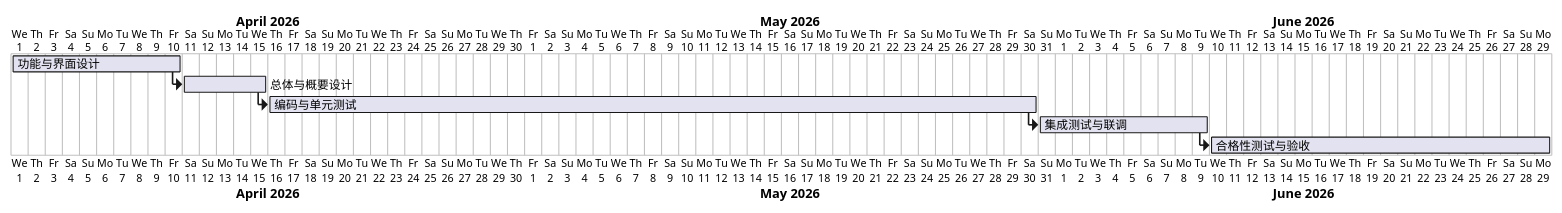
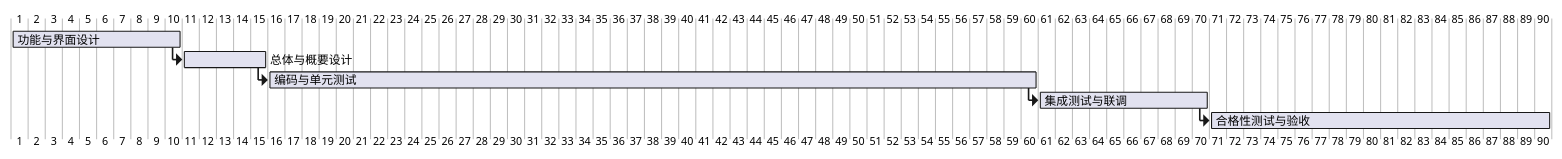
Before and after one commit to cppshooter/cursor: the diagram in prompts/08-项目实施与进度计划.md, drawn with PlantUML. The commit also changed other lines of this file and 15 other files, not shown here.

````diff
--- a/prompts/08-项目实施与进度计划.md
+++ b/prompts/08-项目实施与进度计划.md
@@ -43,14 +38,13 @@
 ```plantuml
 @startgantt
-project starts 2026-04-01
 [功能与界面设计] lasts 10 days
 [总体与概要设计] lasts 5 days
 [功能与界面设计] -> [总体与概要设计]
 [编码与单元测试] lasts 45 days
 [总体与概要设计] -> [编码与单元测试]
 [集成测试与联调] lasts 10 days
 [编码与单元测试] -> [集成测试与联调]
 [合格性测试与验收] lasts 20 days
 [集成测试与联调] -> [合格性测试与验收]
 @endgantt
 ```
````
